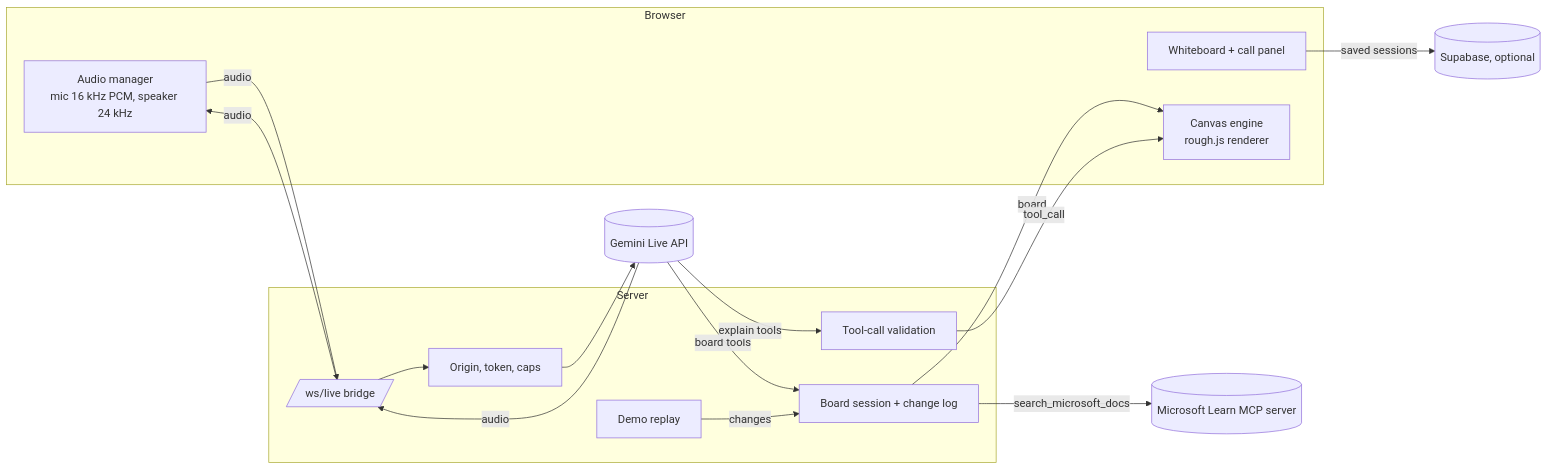
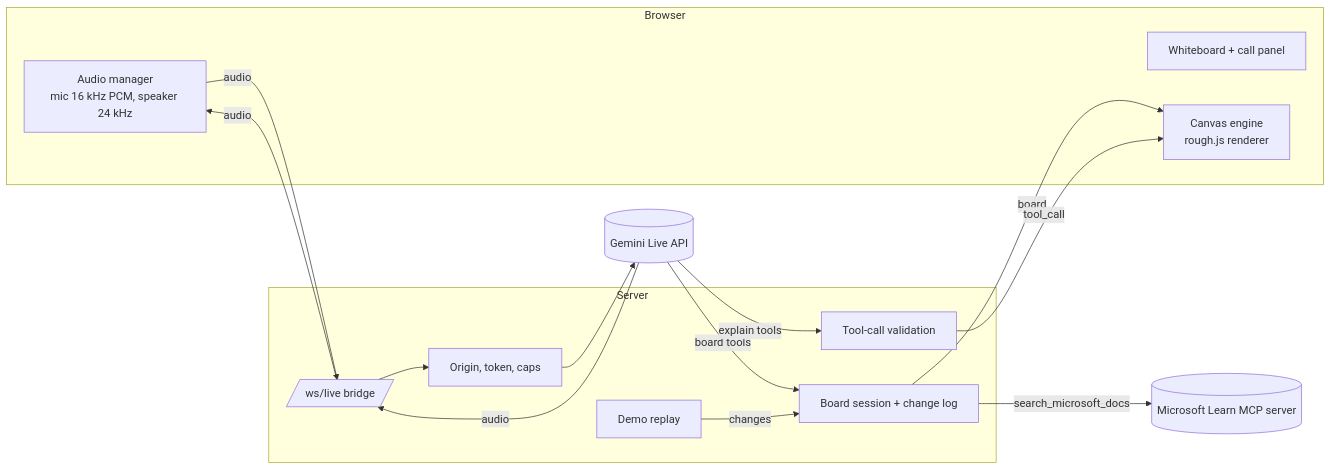
Before and after one commit to thuyghe12/teolima_public: the first of 2 diagrams in docs/ARCHITECTURE.md, drawn with Mermaid. The commit also changed other lines of this file and 10 other files, not shown here.

First line of the commit message:
refactor: keep saved sessions in browser storage; remove Supabase

````diff
--- a/docs/ARCHITECTURE.md
+++ b/docs/ARCHITECTURE.md
@@ -5,27 +5,25 @@
 ```mermaid
 flowchart LR
   subgraph Browser
     MIC[Audio manager<br/>mic 16 kHz PCM, speaker 24 kHz]
     UI[Whiteboard + call panel]
     ENG[Canvas engine<br/>rough.js renderer]
   end
   subgraph Server
     WS[/ws/live bridge/]
     SEC[Origin, token, caps]
     VAL[Tool-call validation]
     DEMO[Demo replay]
     BOARD[Board session + change log]
   end
   LIVE[(Gemini Live API)]
   DOCS[(Microsoft Learn MCP server)]
-  SB[(Supabase, optional)]
 
   MIC -- audio --> WS
   WS --> SEC --> LIVE
   LIVE -- board tools --> BOARD -- board --> ENG
   LIVE -- explain tools --> VAL -- tool_call --> ENG
   LIVE -- audio --> WS -- audio --> MIC
   BOARD -- search_microsoft_docs --> DOCS
   DEMO -- changes --> BOARD
-  UI -- saved sessions --> SB
 ```
````
